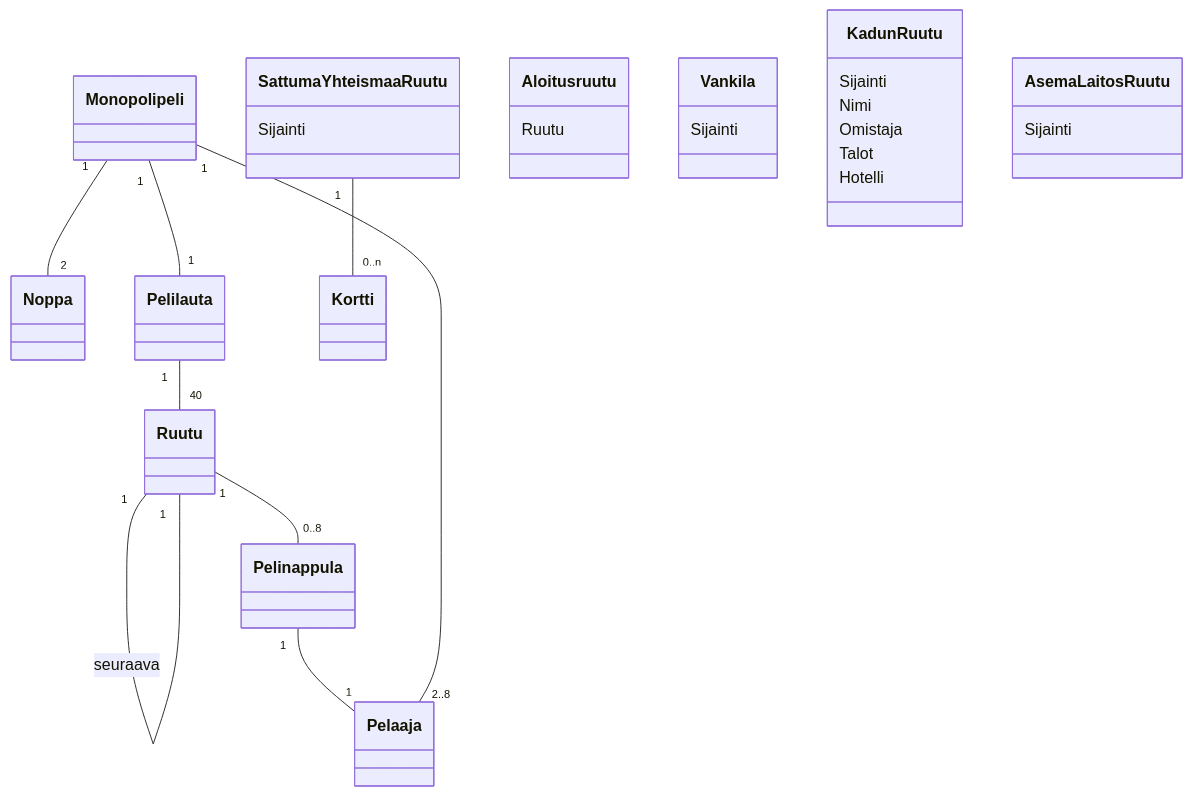
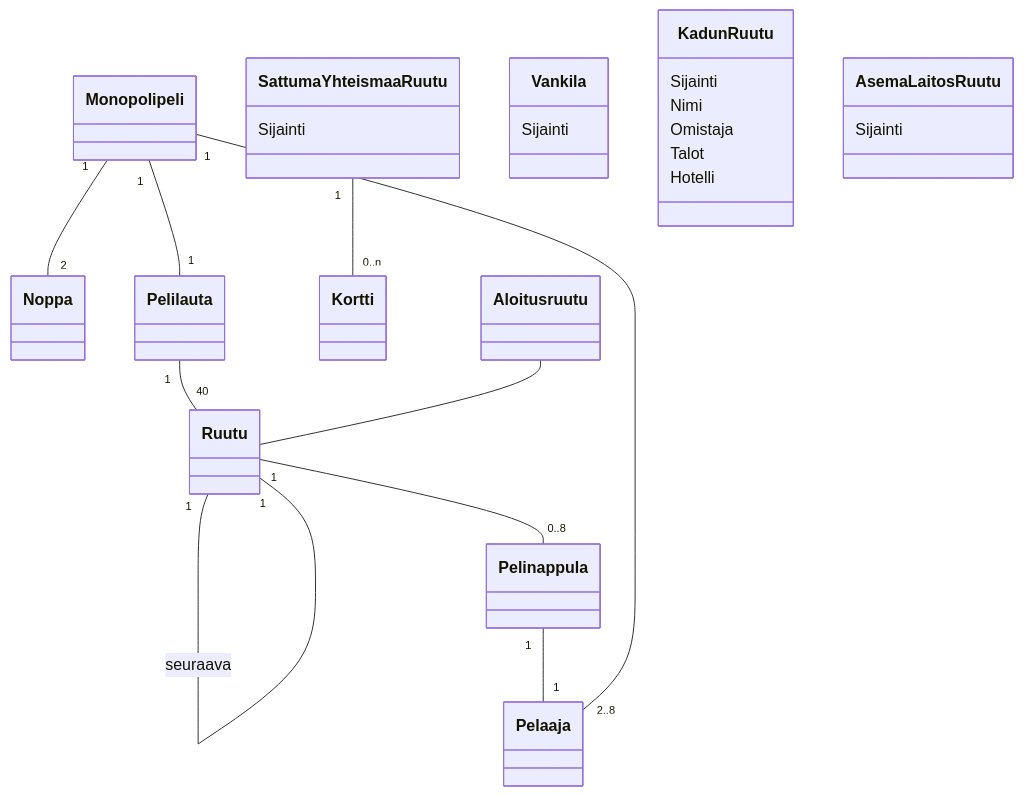
The diagram in laskarit/viikko3/kaavio.md (hannat1/ot-harjoitustyo), drawn with Mermaid before and after one commit.

````diff
--- a/laskarit/viikko3/kaavio.md
+++ b/laskarit/viikko3/kaavio.md
@@ -3,20 +3,20 @@
 ```mermaid
  classDiagram
     Monopolipeli "1" -- "2" Noppa
     Monopolipeli "1" -- "1" Pelilauta
     Pelilauta "1" -- "40" Ruutu
     Ruutu "1" -- "1" Ruutu : seuraava
     Ruutu "1" -- "0..8" Pelinappula
     Pelinappula "1" -- "1" Pelaaja
     Pelaaja "2..8" -- "1" Monopolipeli
     SattumaYhteismaaRuutu "1" -- "0..n" Kortti
-    Aloitusruutu : Ruutu
+    Aloitusruutu -- Ruutu
     Vankila : Sijainti
     SattumaYhteismaaRuutu : Sijainti
     KadunRuutu : Sijainti
     AsemaLaitosRuutu : Sijainti
     KadunRuutu : Nimi
     KadunRuutu : Omistaja
     KadunRuutu : Talot
     KadunRuutu : Hotelli
 ```
````
